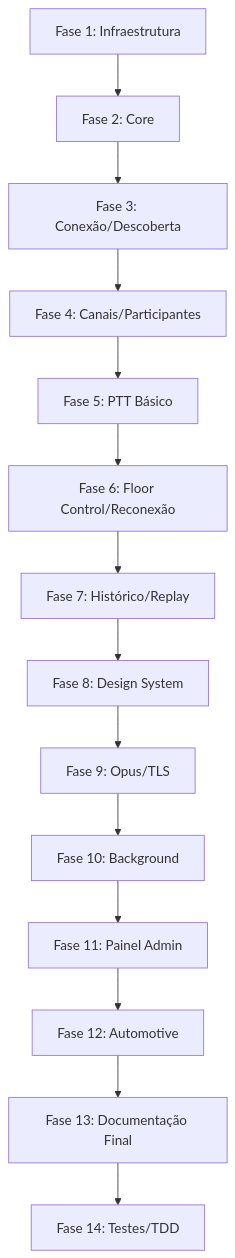
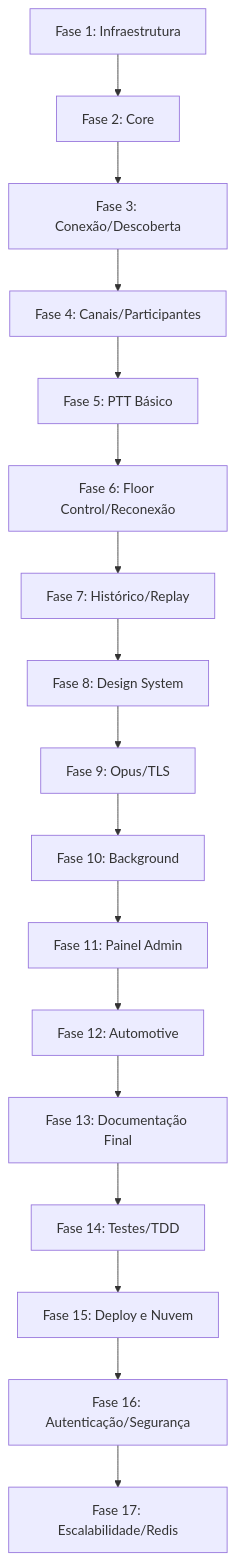
One commit to rcleandro/ptt-lan changed the seventh of 7 diagrams in docs/PTT_KMP_PLANO_TECNICO.md. Above: the diagram before and after it, drawn with Mermaid. The commit also changed other lines of this file, not shown here.

Commit message:
docs: atualiza roadmap incluindo arquitetura hibrida, seguranca e escalabilidade

````diff
--- a/docs/PTT_KMP_PLANO_TECNICO.md
+++ b/docs/PTT_KMP_PLANO_TECNICO.md
@@ -1101,16 +1132,19 @@
 ```mermaid
 graph TD
     F1[Fase 1: Infraestrutura] --> F2[Fase 2: Core]
     F2 --> F3[Fase 3: Conexão/Descoberta]
     F3 --> F4[Fase 4: Canais/Participantes]
     F4 --> F5[Fase 5: PTT Básico]
     F5 --> F6[Fase 6: Floor Control/Reconexão]
     F6 --> F7[Fase 7: Histórico/Replay]
     F7 --> F8[Fase 8: Design System]
     F8 --> F9[Fase 9: Opus/TLS]
     F9 --> F10[Fase 10: Background]
     F10 --> F11[Fase 11: Painel Admin]
     F11 --> F12[Fase 12: Automotive]
     F12 --> F13[Fase 13: Documentação Final]
     F13 --> F14[Fase 14: Testes/TDD]
+    F14 --> F15[Fase 15: Deploy e Nuvem]
+    F15 --> F16[Fase 16: Autenticação/Segurança]
+    F16 --> F17[Fase 17: Escalabilidade/Redis]
 ```
````
